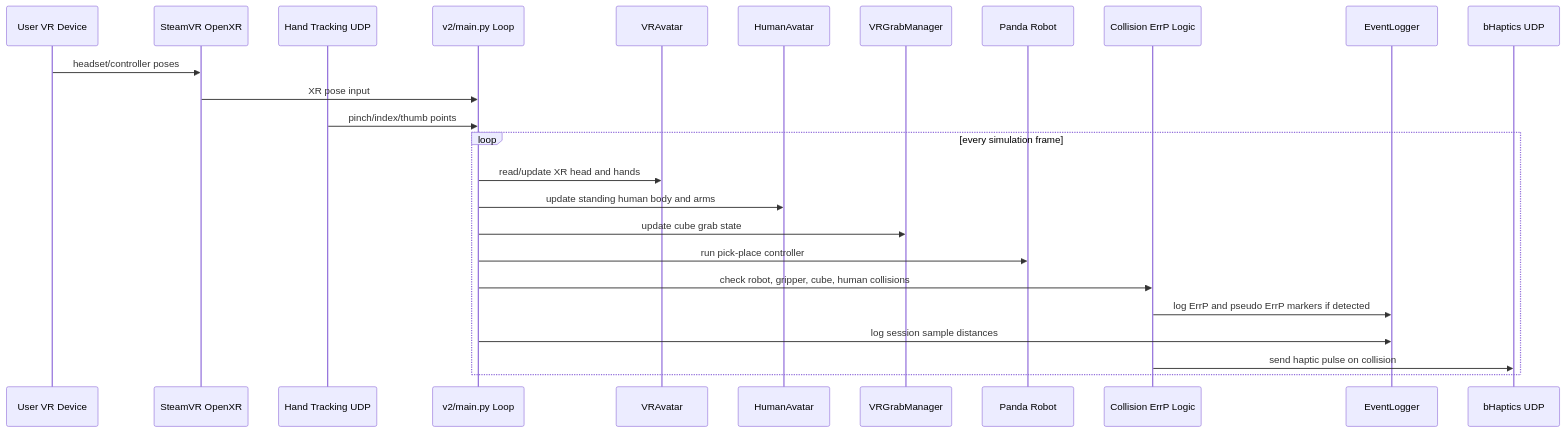
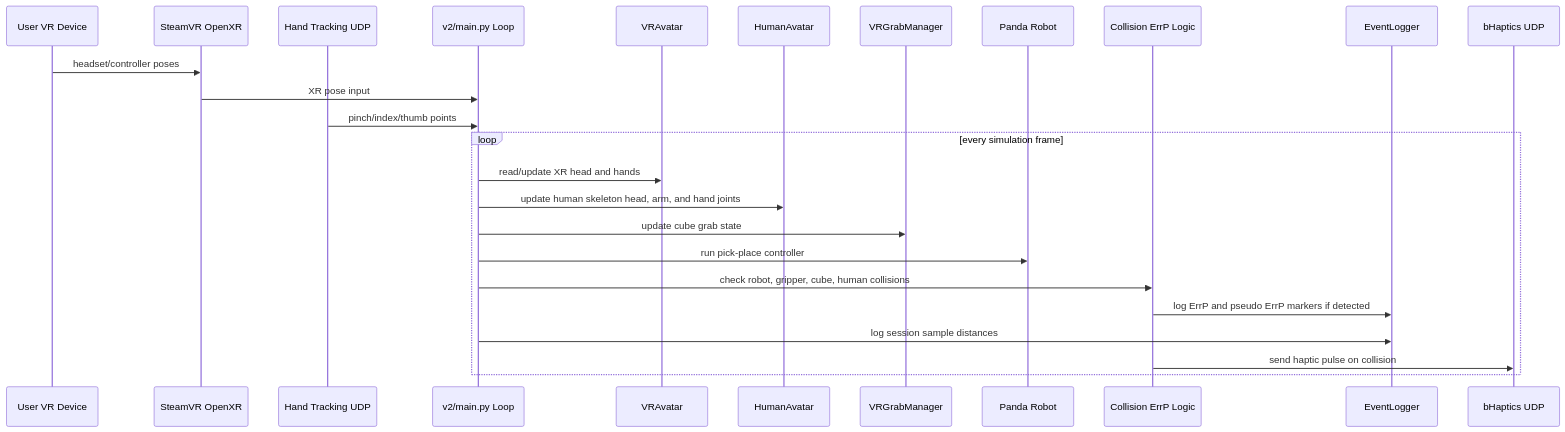
The second of 2 diagrams in docs/pipeline.md (LimChanju/SeRT-Training-Platform), drawn with Mermaid before and after one commit. The commit also changed other lines of this file and 2 other files, not shown here.

Commit message:
feat: drive Isaac human skeleton from VR poses

````diff
--- a/docs/pipeline.md
+++ b/docs/pipeline.md
@@ -85,29 +85,29 @@
 ```mermaid
 sequenceDiagram
     participant U as User VR Device
     participant XR as SteamVR OpenXR
     participant HT as Hand Tracking UDP
     participant M as v2/main.py Loop
     participant A as VRAvatar
     participant HA as HumanAvatar
     participant G as VRGrabManager
     participant R as Panda Robot
     participant C as Collision ErrP Logic
     participant L as EventLogger
     participant H as bHaptics UDP
 
     U->>XR: headset/controller poses
     XR->>M: XR pose input
     HT->>M: pinch/index/thumb points
 
     loop every simulation frame
         M->>A: read/update XR head and hands
-        M->>HA: update standing human body and arms
+        M->>HA: update human skeleton head, arm, and hand joints
         M->>G: update cube grab state
         M->>R: run pick-place controller
         M->>C: check robot, gripper, cube, human collisions
         C->>L: log ErrP and pseudo ErrP markers if detected
         M->>L: log session sample distances
         C->>H: send haptic pulse on collision
     end
 ```
````
